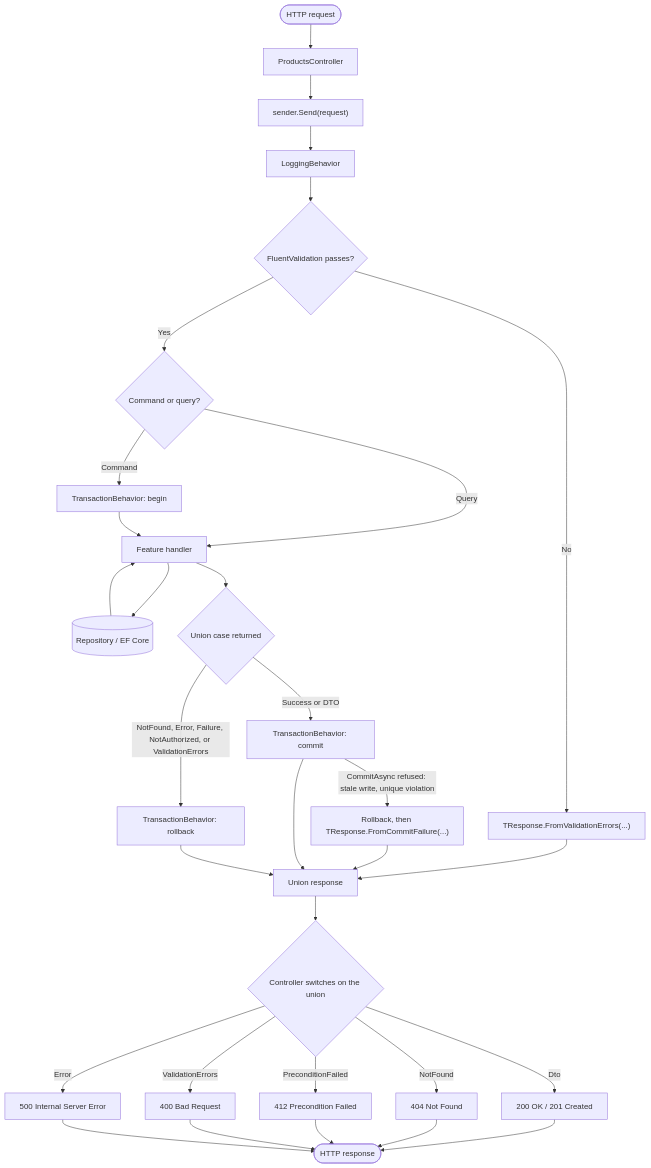
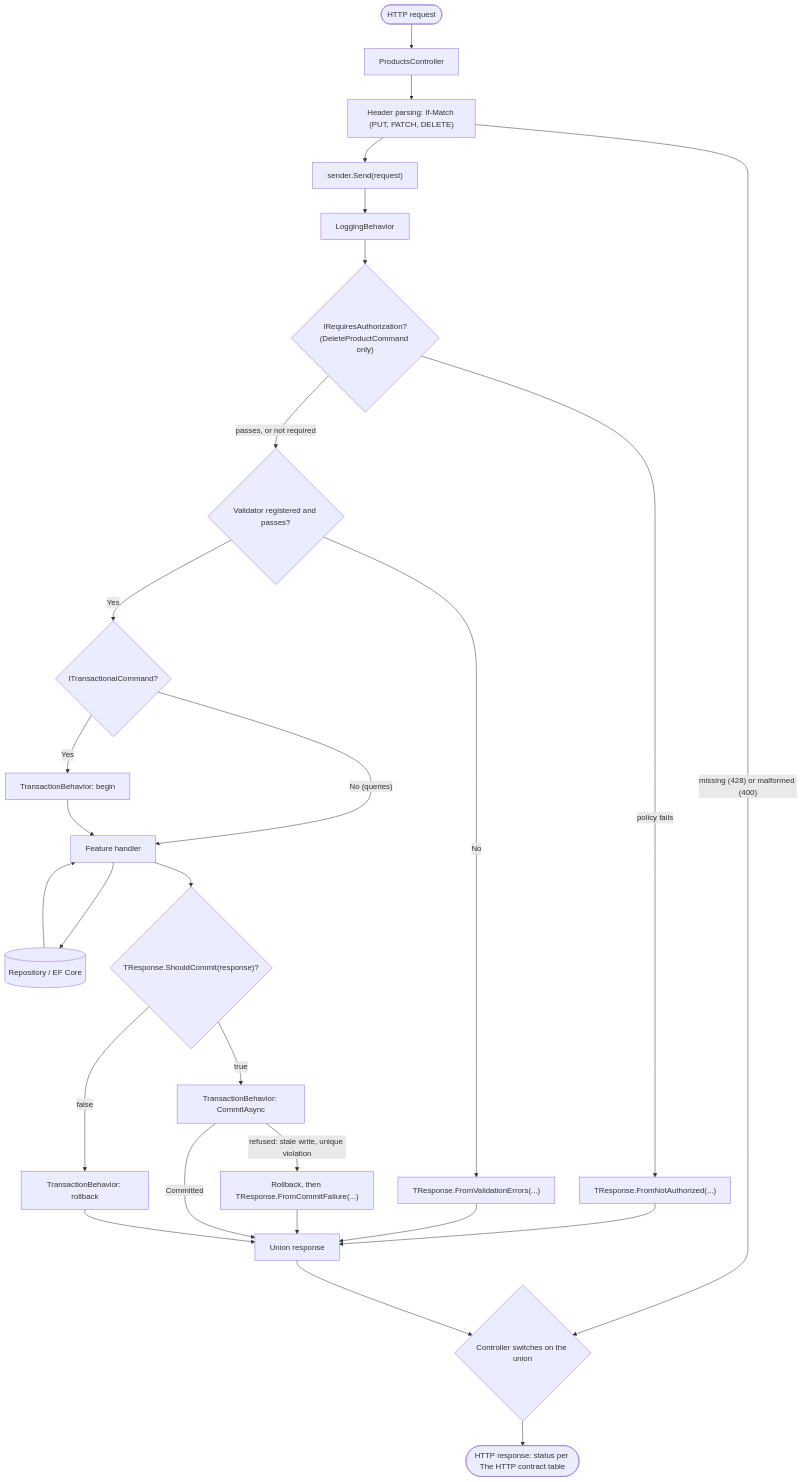
Before and after one commit to rheone/poc_mediatr-union_types: the fourth of 8 diagrams in README.md, drawn with Mermaid. The commit also changed other lines of this file and 11 other files, not shown here.

Commit message:
Docs sweep: add the full endpoint/outcome contract, scope and testing sections, extension-member overrides and commit-failure flow; align pipeline, case-type and test inventories with the code

````diff
--- a/README.md
+++ b/README.md
@@ -783,33 +953,29 @@
 ```mermaid
 flowchart TD
     Client([HTTP request]) --> Controller[ProductsController]
-    Controller --> Sender["sender.Send(request)"]
+    Controller --> Parse["Header parsing: If-Match (PUT, PATCH, DELETE)"]
+    Parse -->|"missing (428) or malformed (400)"| Map
+    Parse --> Sender["sender.Send(request)"]
     Sender --> Logging[LoggingBehavior]
-    Logging --> Validation{FluentValidation passes?}
+    Logging --> Auth{"IRequiresAuthorization?<br/>(DeleteProductCommand only)"}
+    Auth -->|"policy fails"| BuildAuth["TResponse.FromNotAuthorized(...)"]
+    BuildAuth --> ReturnUp[Union response]
+    Auth -->|"passes, or not required"| Validation{"Validator registered and passes?"}
     Validation -->|No| BuildErrors["TResponse.FromValidationErrors(...)"]
-    BuildErrors --> ReturnUp[Union response]
-    Validation -->|Yes| IsCommand{Command or query?}
-    IsCommand -->|Query| Handler[Feature handler]
-    IsCommand -->|Command| Begin[TransactionBehavior: begin]
+    BuildErrors --> ReturnUp
+    Validation -->|Yes| IsCommand{"ITransactionalCommand?"}
+    IsCommand -->|"No (queries)"| Handler[Feature handler]
+    IsCommand -->|Yes| Begin[TransactionBehavior: begin]
     Begin --> Handler
     Handler --> Repo[(Repository / EF Core)]
     Repo --> Handler
-    Handler --> Outcome{Union case returned}
-    Outcome -->|Success or DTO| Commit[TransactionBehavior: commit]
-    Commit -->|CommitAsync refused: stale write, unique violation| CommitFailed["Rollback, then TResponse.FromCommitFailure(...)"]
+    Handler --> Outcome{"TResponse.ShouldCommit(response)?"}
+    Outcome -->|true| Commit["TransactionBehavior: CommitAsync"]
+    Commit -->|"refused: stale write, unique violation"| CommitFailed["Rollback, then TResponse.FromCommitFailure(...)"]
     CommitFailed --> ReturnUp
-    Outcome -->|NotFound, Error, Failure, NotAuthorized, or ValidationErrors| Rollback[TransactionBehavior: rollback]
-    Commit --> ReturnUp
+    Outcome -->|false| Rollback[TransactionBehavior: rollback]
+    Commit -->|Committed| ReturnUp
     Rollback --> ReturnUp
     ReturnUp --> Map{Controller switches on the union}
-    Map -->|Dto| Ok200[200 OK / 201 Created]
-    Map -->|NotFound| NF404[404 Not Found]
-    Map -->|PreconditionFailed| PF412[412 Precondition Failed]
-    Map -->|ValidationErrors| BadRequest400[400 Bad Request]
-    Map -->|Error| ServerError500[500 Internal Server Error]
-    Ok200 --> Done([HTTP response])
-    NF404 --> Done
-    PF412 --> Done
-    BadRequest400 --> Done
-    ServerError500 --> Done
+    Map --> Done([HTTP response: status per The HTTP contract table])
 ```
````
